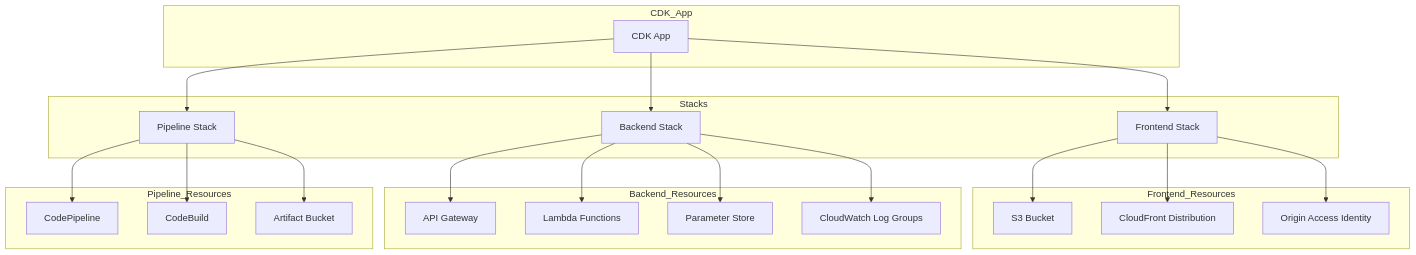
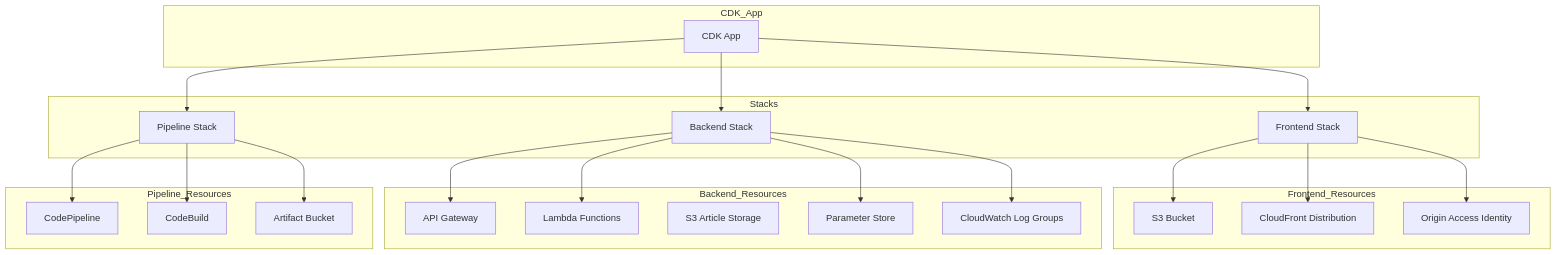
One commit to liamzdenek/hiive-application changed the fourth of 4 diagrams in memory-bank/systemPatterns.md. Above: the diagram before and after it, drawn with Mermaid. The commit also changed other lines of this file and 4 other files, not shown here.

````diff
--- a/memory-bank/systemPatterns.md
+++ b/memory-bank/systemPatterns.md
@@ -253,48 +298,49 @@
 ```mermaid
 flowchart TD
     subgraph CDK_App
         App[CDK App]
     end
     
     subgraph Stacks
         FrontendStack[Frontend Stack]
         BackendStack[Backend Stack]
         PipelineStack[Pipeline Stack]
     end
     
     subgraph Frontend_Resources
         S3Bucket[S3 Bucket]
         CloudFrontDist[CloudFront Distribution]
         OriginAccessIdentity[Origin Access Identity]
     end
     
     subgraph Backend_Resources
         ApiGateway[API Gateway]
         LambdaFunctions[Lambda Functions]
+        ArticleStorageBucket[S3 Article Storage]
         ParameterStore[Parameter Store]
         LogGroups[CloudWatch Log Groups]
     end
     
     subgraph Pipeline_Resources
         CodePipeline[CodePipeline]
         CodeBuild[CodeBuild]
         ArtifactBucket[Artifact Bucket]
     end
     
     App --> FrontendStack
     App --> BackendStack
     App --> PipelineStack
     
     FrontendStack --> S3Bucket
     FrontendStack --> CloudFrontDist
     FrontendStack --> OriginAccessIdentity
     
     BackendStack --> ApiGateway
     BackendStack --> LambdaFunctions
     BackendStack --> ParameterStore
     BackendStack --> LogGroups
     
     PipelineStack --> CodePipeline
     PipelineStack --> CodeBuild
     PipelineStack --> ArtifactBucket
 ```
````
